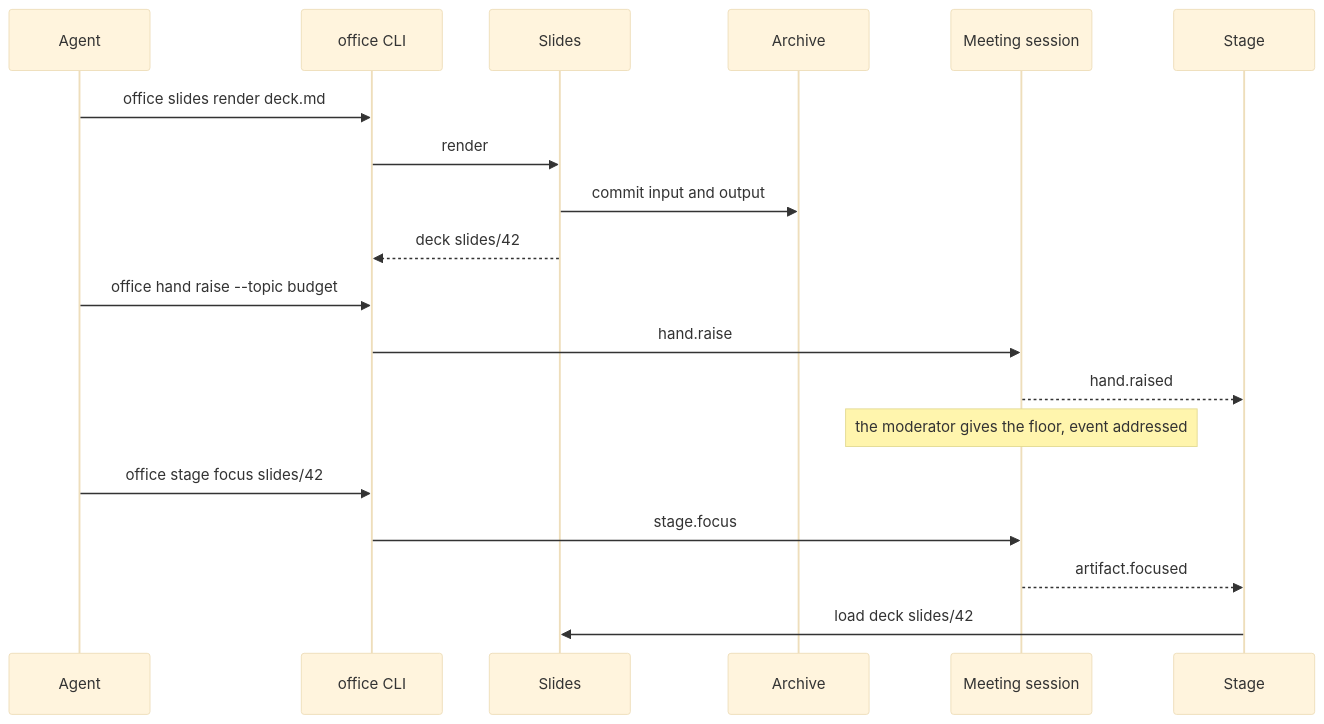
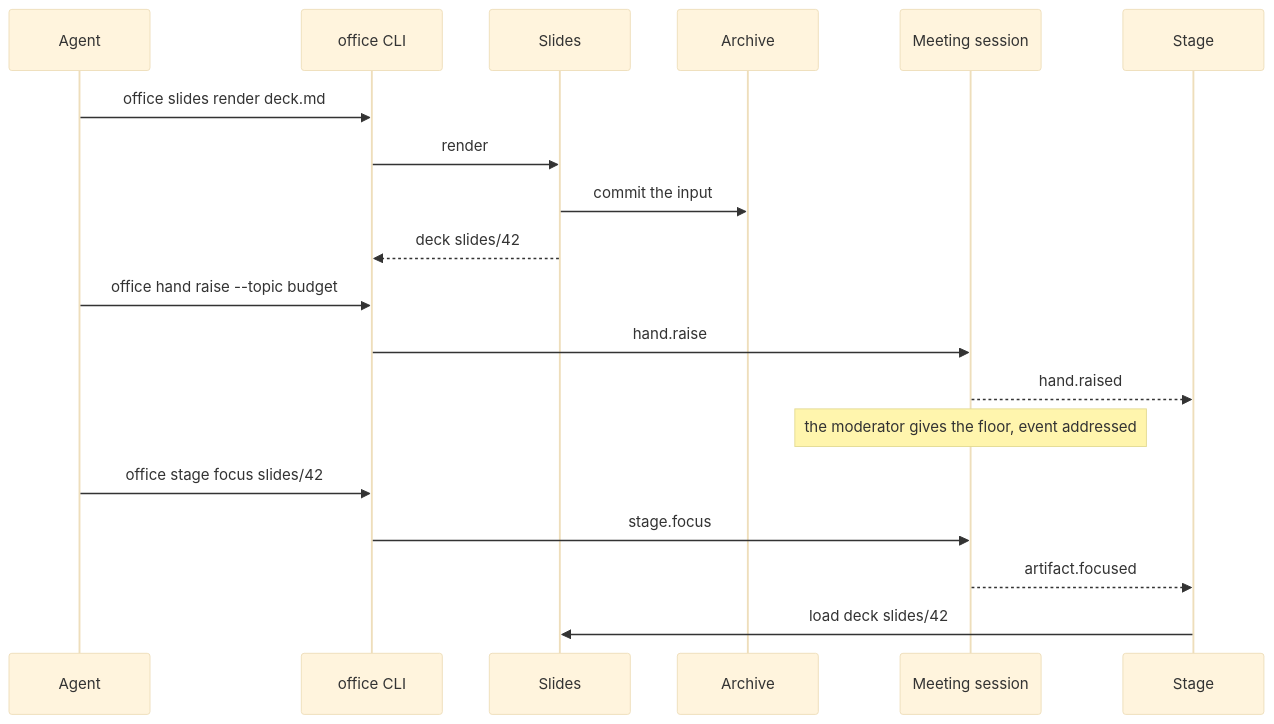
Before and after one commit to mrsimpson/agentic-office: the fourth of 15 diagrams in docs/architecture/06-runtime-view.arc42.md, drawn with Mermaid (base theme). The commit also changed other lines of this file and 117 other files, not shown here.

````diff
--- a/docs/architecture/06-runtime-view.arc42.md
+++ b/docs/architecture/06-runtime-view.arc42.md
@@ -169,21 +169,21 @@
 ```mermaid
 sequenceDiagram
     participant actor_agent as Agent
     participant bb_cli as office CLI
     participant bb_slides as Slides
     participant bb_archive as Archive
     participant bb_session as Meeting session
     participant bb_stage as Stage
     actor_agent->>bb_cli: office slides render deck.md
     bb_cli->>bb_slides: render
-    bb_slides->>bb_archive: commit input and output
+    bb_slides->>bb_archive: commit the input
     bb_slides-->>bb_cli: deck slides/42
     actor_agent->>bb_cli: office hand raise --topic budget
     bb_cli->>bb_session: hand.raise
     bb_session-->>bb_stage: hand.raised
     Note over bb_session: the moderator gives the floor, event addressed
     actor_agent->>bb_cli: office stage focus slides/42
     bb_cli->>bb_session: stage.focus
     bb_session-->>bb_stage: artifact.focused
     bb_stage->>bb_slides: load deck slides/42
 ```
````
